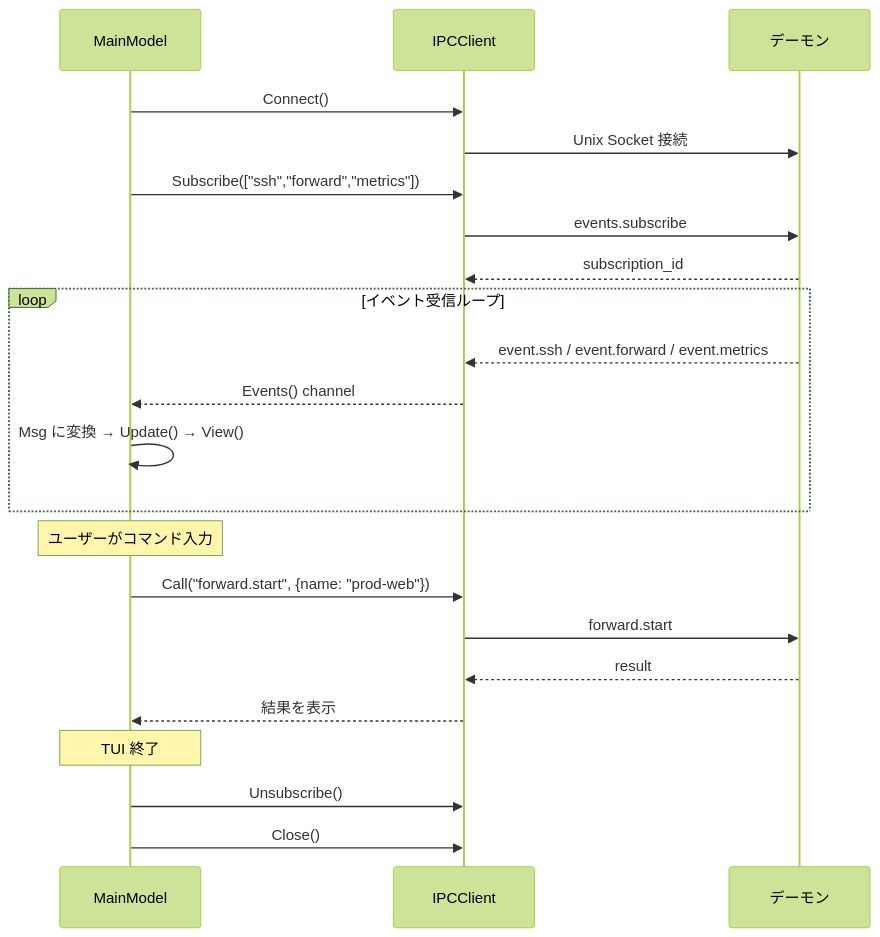
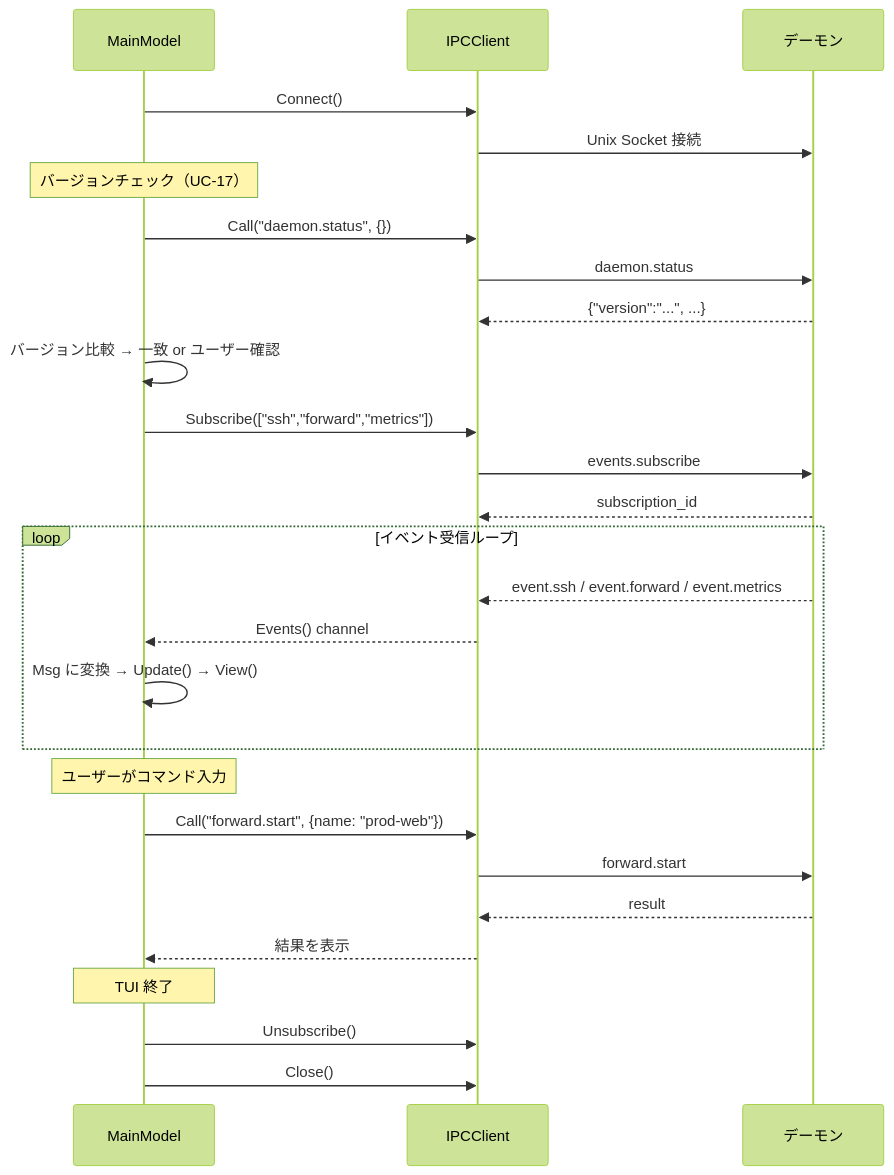
The fifth of 5 diagrams in docs/components/overview.md (ousiassllc/MolePort), drawn with Mermaid (forest theme) before and after one commit. The commit also changed other lines of this file and 4 other files, not shown here.

````diff
--- a/docs/components/overview.md
+++ b/docs/components/overview.md
@@ -820,28 +848,35 @@
 ```mermaid
 sequenceDiagram
     participant TUI as MainModel
     participant IPC as IPCClient
     participant Daemon as デーモン
 
     TUI->>IPC: Connect()
     IPC->>Daemon: Unix Socket 接続
+
+    Note over TUI: バージョンチェック（UC-17）
+    TUI->>IPC: Call("daemon.status", {})
+    IPC->>Daemon: daemon.status
+    Daemon-->>IPC: {"version":"...", ...}
+    TUI->>TUI: バージョン比較 → 一致 or ユーザー確認
+
     TUI->>IPC: Subscribe(["ssh","forward","metrics"])
     IPC->>Daemon: events.subscribe
     Daemon-->>IPC: subscription_id
 
     loop イベント受信ループ
         Daemon-->>IPC: event.ssh / event.forward / event.metrics
         IPC-->>TUI: Events() channel
         TUI->>TUI: Msg に変換 → Update() → View()
     end
 
     Note over TUI: ユーザーがコマンド入力
     TUI->>IPC: Call("forward.start", {name: "prod-web"})
     IPC->>Daemon: forward.start
     Daemon-->>IPC: result
     IPC-->>TUI: 結果を表示
 
     Note over TUI: TUI 終了
     TUI->>IPC: Unsubscribe()
     TUI->>IPC: Close()
 ```
````
